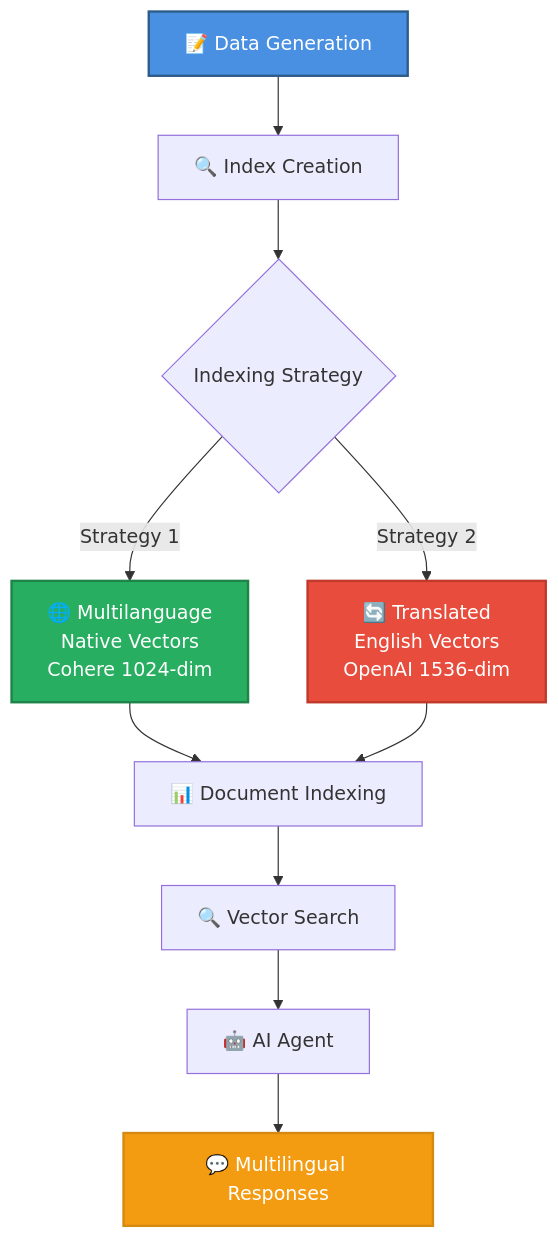
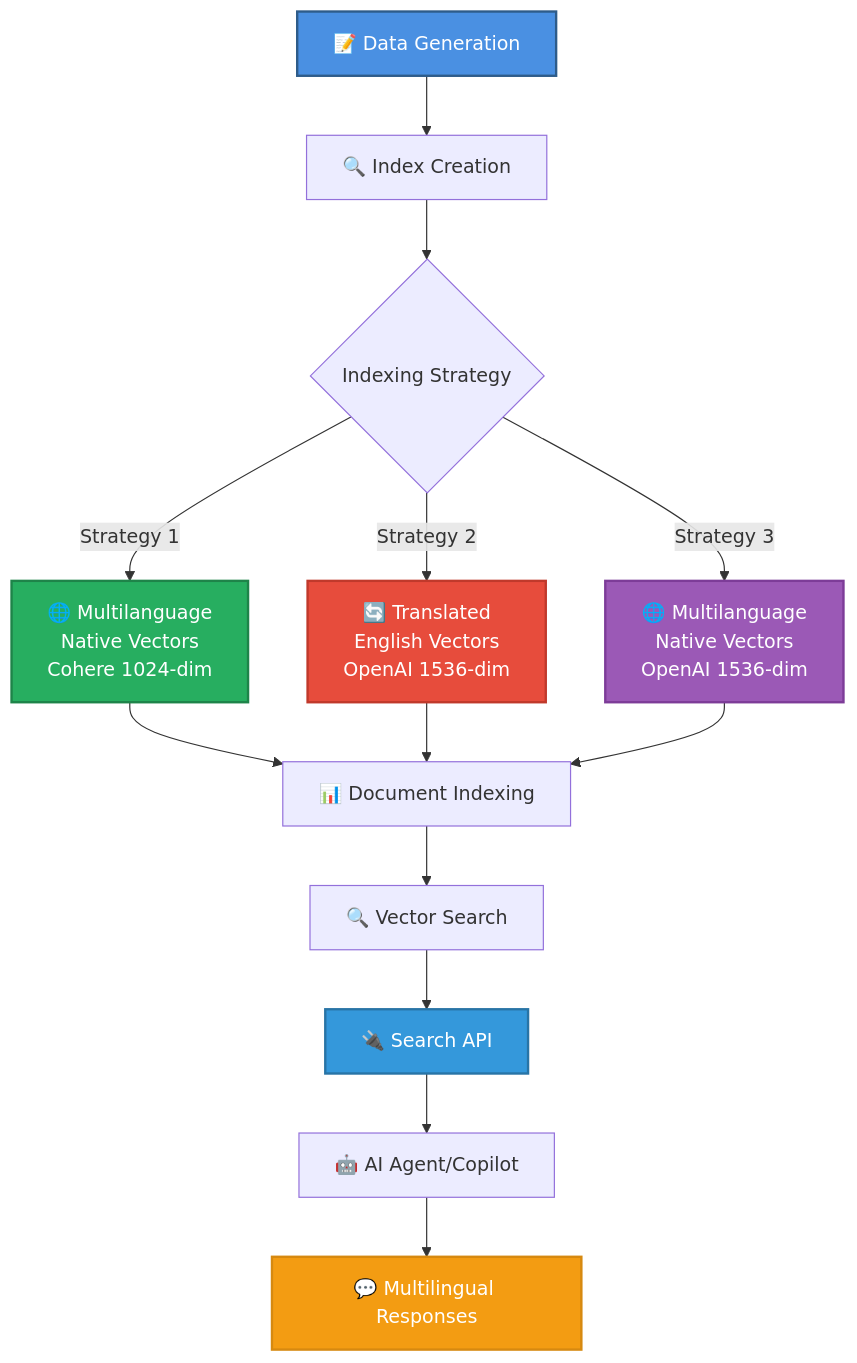
One commit to hugogirard/RagMultilanguageDemo changed the first of 12 diagrams in README.md. Above: the diagram before and after it, drawn with Mermaid. The commit also changed other lines of this file and 21 other files, not shown here.

````diff
--- a/README.md
+++ b/README.md
@@ -19,20 +20,25 @@
 ```mermaid
 graph TB
     A[📝 Data Generation] --> B[🔍 Index Creation]
     B --> C{Indexing Strategy}
     
     C -->|Strategy 1| D[🌐 Multilanguage<br/>Native Vectors<br/>Cohere 1024-dim]
     C -->|Strategy 2| E[🔄 Translated<br/>English Vectors<br/>OpenAI 1536-dim]
+    C -->|Strategy 3| F[🌐 Multilanguage<br/>Native Vectors<br/>OpenAI 1536-dim]
     
     D --> G[📊 Document Indexing]
     E --> G
+    F --> G
     
     G --> H[🔍 Vector Search]
-    H --> I[🤖 AI Agent]
-    I --> J[💬 Multilingual Responses]
+    H --> I[🔌 Search API]
+    I --> J[🤖 AI Agent/Copilot]
+    J --> K[💬 Multilingual Responses]
     
     style A fill:#4A90E2,stroke:#2E5C8A,stroke-width:2px,color:#fff
     style D fill:#27AE60,stroke:#1E8449,stroke-width:2px,color:#fff
     style E fill:#E74C3C,stroke:#C0392B,stroke-width:2px,color:#fff
-    style J fill:#F39C12,stroke:#D68910,stroke-width:2px,color:#fff
+    style F fill:#9B59B6,stroke:#7D3C98,stroke-width:2px,color:#fff
+    style I fill:#3498DB,stroke:#2874A6,stroke-width:2px,color:#fff
+    style K fill:#F39C12,stroke:#D68910,stroke-width:2px,color:#fff
 ```
````
